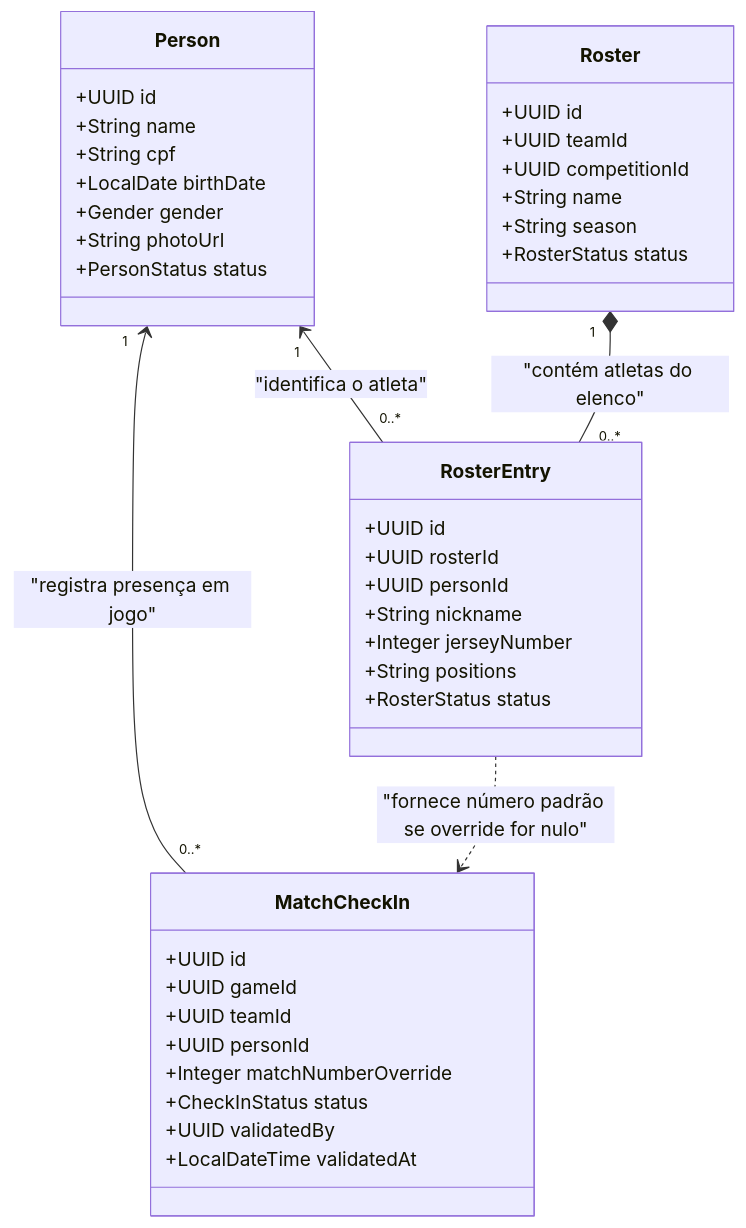
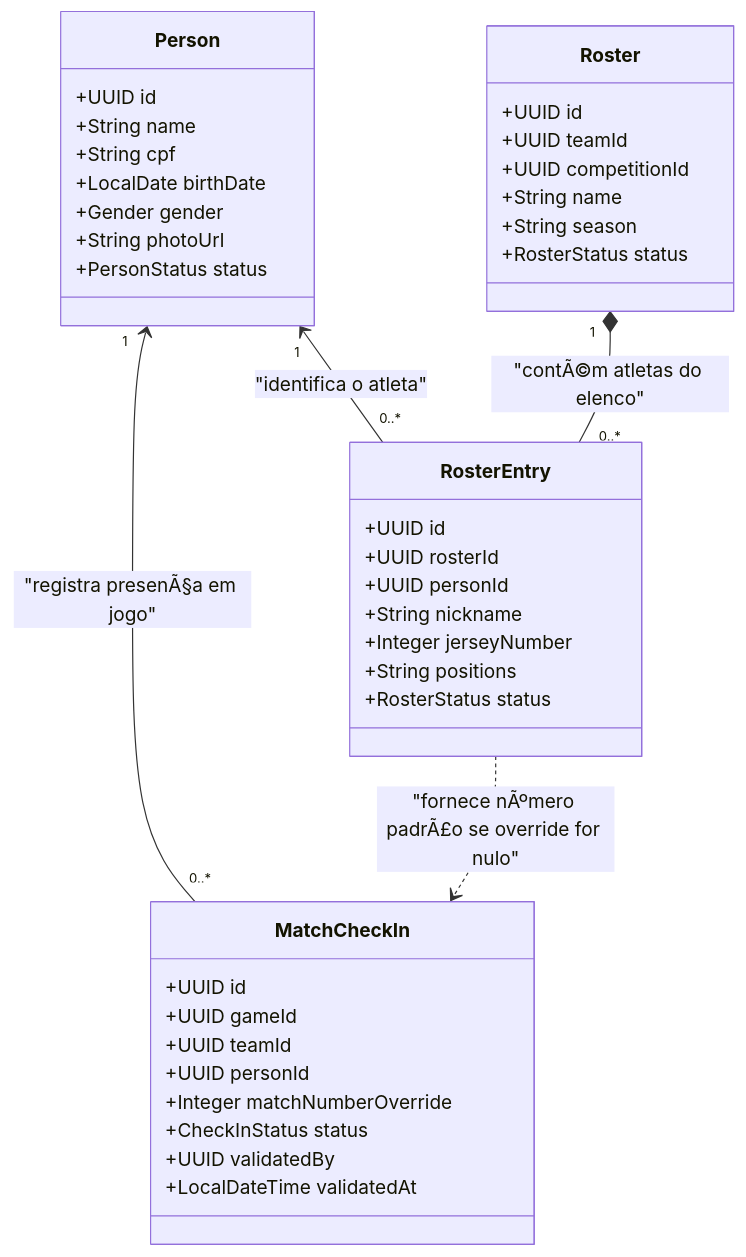
Before and after one commit to cesargranelli/flag_platform_docs: the second of 3 diagrams in architecture/analise-profunda-conflitos-e-incoerencias-modelo-dados.md, drawn with Mermaid. The commit also changed other lines of this file, not shown here.

Commit message:
docs(architecture): registra conclusao da fase 2 da normalizacao do modelo de dados

````diff
--- a/architecture/analise-profunda-conflitos-e-incoerencias-modelo-dados.md
+++ b/architecture/analise-profunda-conflitos-e-incoerencias-modelo-dados.md
@@ -179,47 +179,47 @@
 ```mermaid
 classDiagram
     class Person {
         +UUID id
         +String name
         +String cpf
         +LocalDate birthDate
         +Gender gender
         +String photoUrl
         +PersonStatus status
     }
 
     class Roster {
         +UUID id
         +UUID teamId
         +UUID competitionId
         +String name
         +String season
         +RosterStatus status
     }
 
     class RosterEntry {
         +UUID id
         +UUID rosterId
         +UUID personId
         +String nickname
         +Integer jerseyNumber
         +String positions
         +RosterStatus status
     }
 
     class MatchCheckIn {
         +UUID id
         +UUID gameId
         +UUID teamId
         +UUID personId
         +Integer matchNumberOverride
         +CheckInStatus status
         +UUID validatedBy
         +LocalDateTime validatedAt
     }
 
     Person "1" <-- "0..*" RosterEntry : "identifica o atleta"
-    Roster "1" *-- "0..*" RosterEntry : "contém atletas do elenco"
-    Person "1" <-- "0..*" MatchCheckIn : "registra presença em jogo"
-    RosterEntry ..> MatchCheckIn : "fornece número padrão se override for nulo"
+    Roster "1" *-- "0..*" RosterEntry : "contÃ©m atletas do elenco"
+    Person "1" <-- "0..*" MatchCheckIn : "registra presenÃ§a em jogo"
+    RosterEntry ..> MatchCheckIn : "fornece nÃºmero padrÃ£o se override for nulo"
 ```
````
